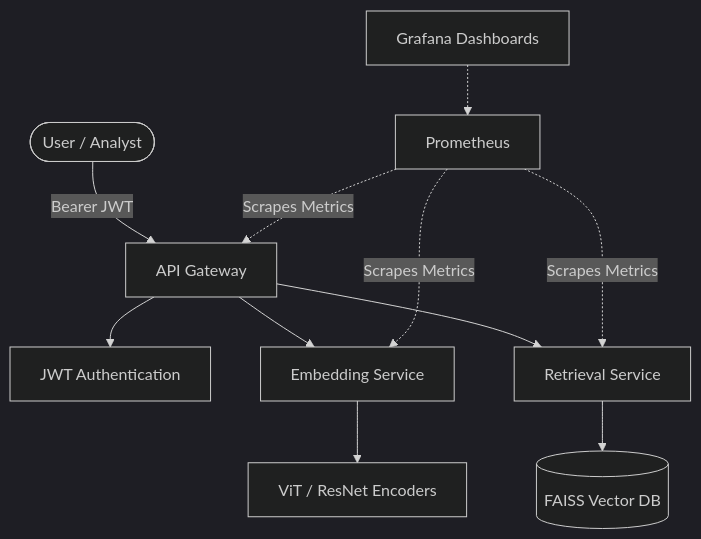
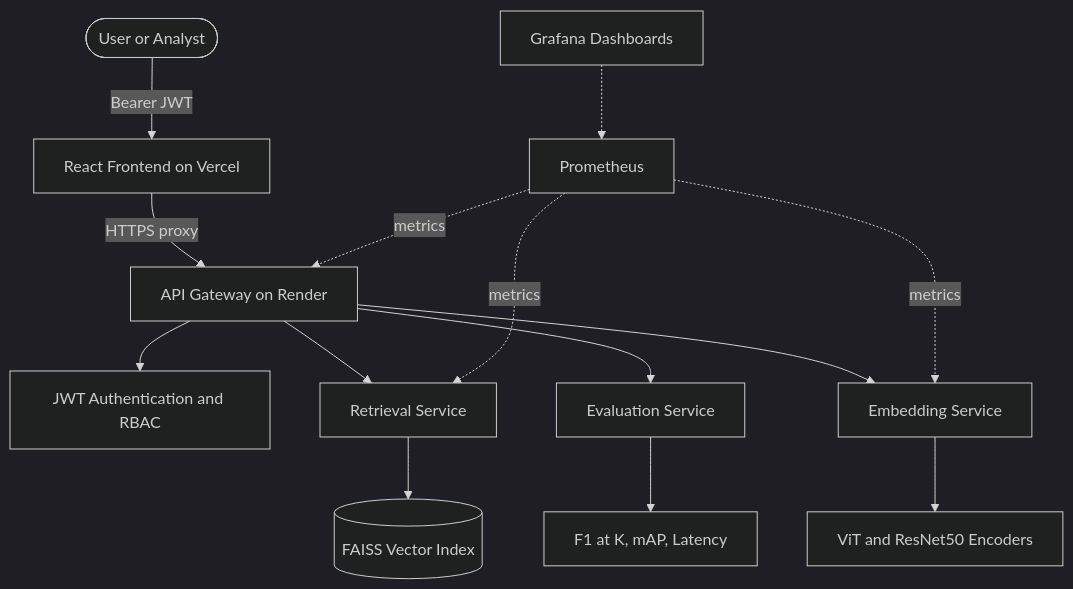
Before and after one commit to Tejaswanth2406/geofusion-platform: the diagram in README.md, drawn with Mermaid (dark theme). The commit also changed other lines of this file, not shown here.

````diff
--- a/README.md
+++ b/README.md
@@ -45,15 +83,18 @@
-```mermaid
-graph TD
-    User([User / Analyst]) -->|Bearer JWT| Gateway[API Gateway]
-    Gateway --> Auth[JWT Authentication]
-    Gateway --> Embed[Embedding Service]
-    Gateway --> Search[Retrieval Service]
-    
-    Embed --> ViT[ViT / ResNet Encoders]
-    Search --> FAISS[(FAISS Vector DB)]
-    
-    Prometheus[Prometheus] -.->|Scrapes Metrics| Gateway
-    Prometheus -.->|Scrapes Metrics| Embed
-    Prometheus -.->|Scrapes Metrics| Search
-    Grafana[Grafana Dashboards] -.-> Prometheus
-```
+  ```mermaid
+  graph TD
+      User(["User or Analyst"]) -->|Bearer JWT| Frontend["React Frontend on Vercel"]
+      Frontend -->|HTTPS proxy| Gateway["API Gateway on Render"]
+      Gateway --> Auth["JWT Authentication and RBAC"]
+      Gateway --> Embed["Embedding Service"]
+      Gateway --> Search["Retrieval Service"]
+      Gateway --> Eval["Evaluation Service"]
+
+      Embed --> Encoders["ViT and ResNet50 Encoders"]
+      Search --> FAISS[("FAISS Vector Index")]
+      Eval --> Metrics["F1 at K, mAP, Latency"]
+
+      Prometheus["Prometheus"] -.->|metrics| Gateway
+      Prometheus -.->|metrics| Embed
+      Prometheus -.->|metrics| Search
+      Grafana["Grafana Dashboards"] -.-> Prometheus
+  ```
````
